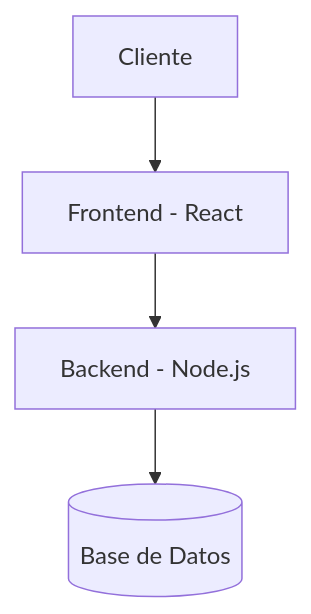
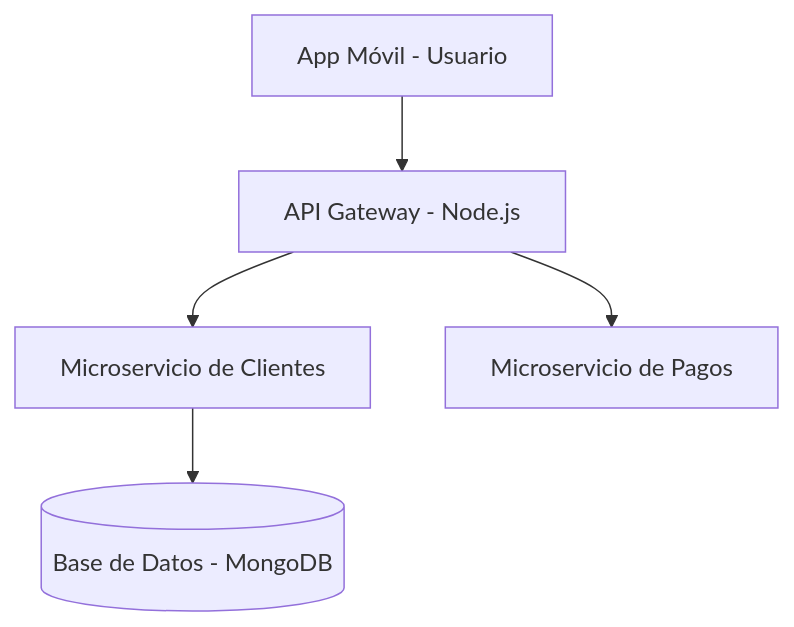
One commit to davidramosf-png/laboratorio-readme changed the diagram in README.md. Above: the diagram before and after it, drawn with Mermaid. The commit also changed other lines of this file, not shown here.

````diff
--- a/README.md
+++ b/README.md
@@ -48,6 +48,7 @@
 ```mermaid
 graph TD
-    A[Cliente] --> B[Frontend - React]
-    B --> C[Backend - Node.js]
-    C --> D[(Base de Datos)]
+    A[App Móvil - Usuario] --> B[API Gateway - Node.js]
+    B --> C[Microservicio de Clientes]
+    B --> D[Microservicio de Pagos]
+    C --> E[(Base de Datos - MongoDB)]
 ```
````
